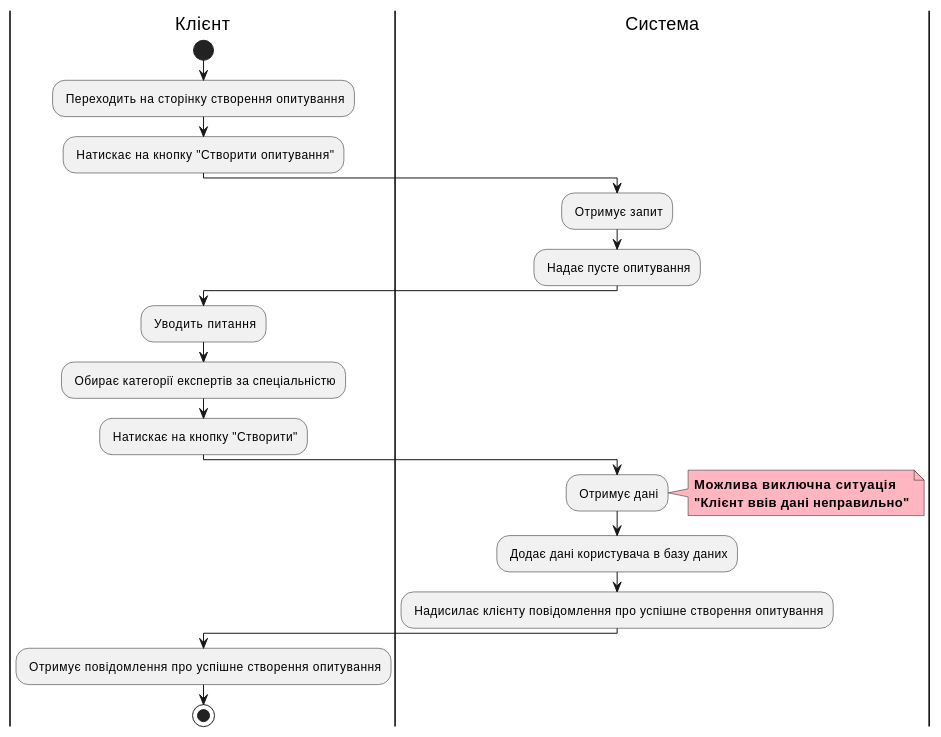
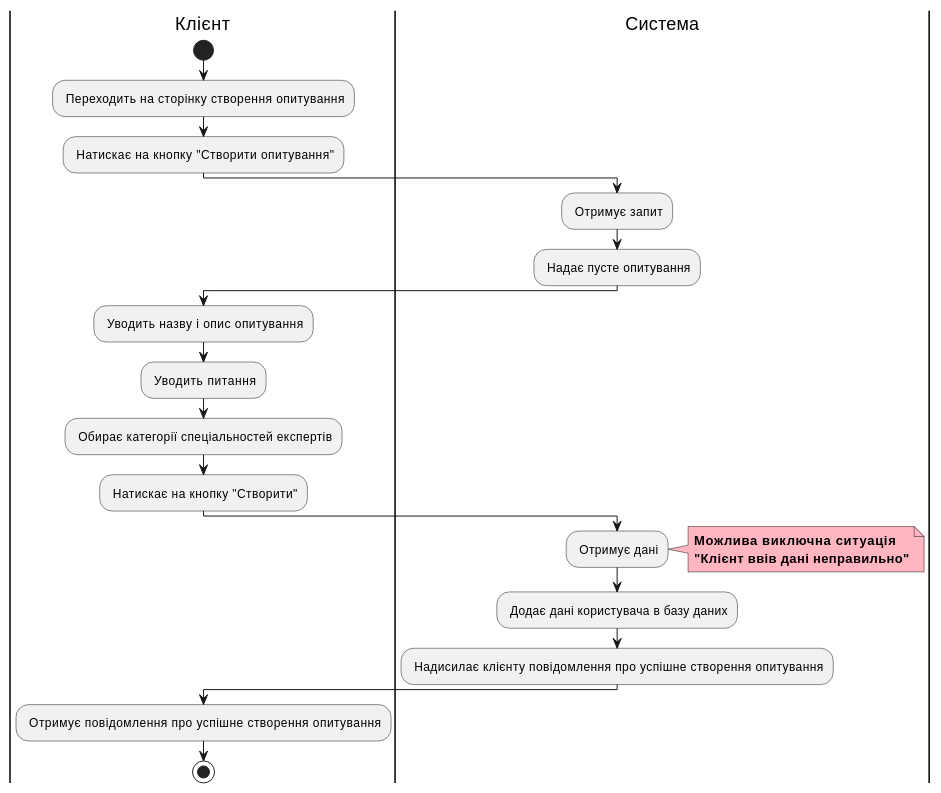
One commit to kujo205/db_labs changed the seventh of 12 diagrams in docs/use cases/README.md. Above: the diagram before and after it, drawn with PlantUML. The commit also changed other lines of this file and 1 other file, not shown here.

```diff
--- a/docs/use cases/README.md
+++ b/docs/use cases/README.md
@@ -269,32 +271,33 @@
 @startuml
 
   |Клієнт|
   start
   : Переходить на сторінку створення опитування; 
   : Натискає на кнопку "Створити опитування";
 
   |Система|
   : Отримує запит;
   : Надає пусте опитування;
 
   |Клієнт|
+  : Уводить назву і опис опитування;
   : Уводить питання;
-  : Обирає категорії експертів за спеціальністю;
+  : Обирає категорії спеціальностей експертів;
   : Натискає на кнопку "Створити";
 
   |Система|
   : Отримує дані;
 
   note right #lightpink
     <b>Можлива виключна ситуація</b>
     <b>"Клієнт ввів дані неправильно"</b>
   end note
   
   : Додає дані користувача в базу даних;
   : Надисилає клієнту повідомлення про успішне створення опитування;
 
   |Клієнт|
   : Отримує повідомлення про успішне створення опитування;
   stop
 
 @enduml
```
